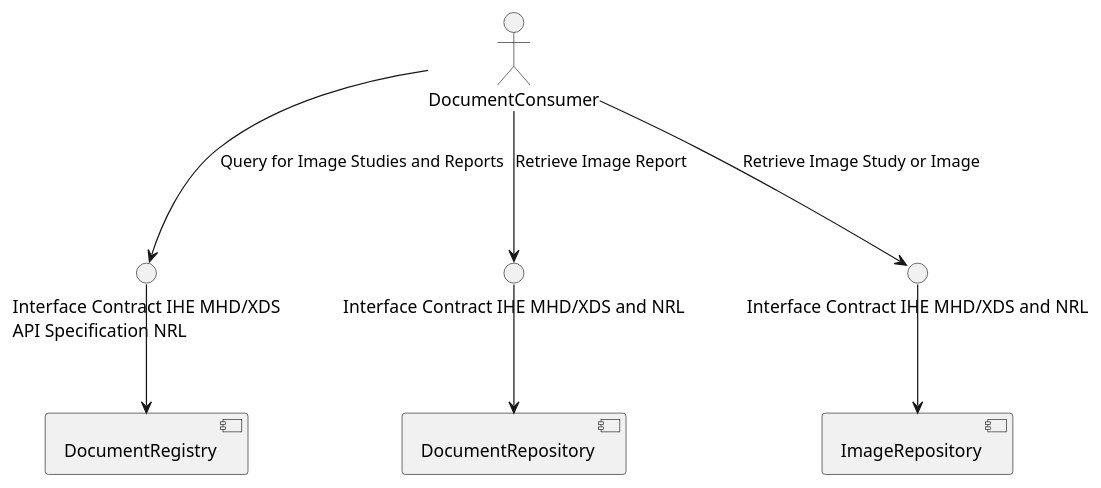
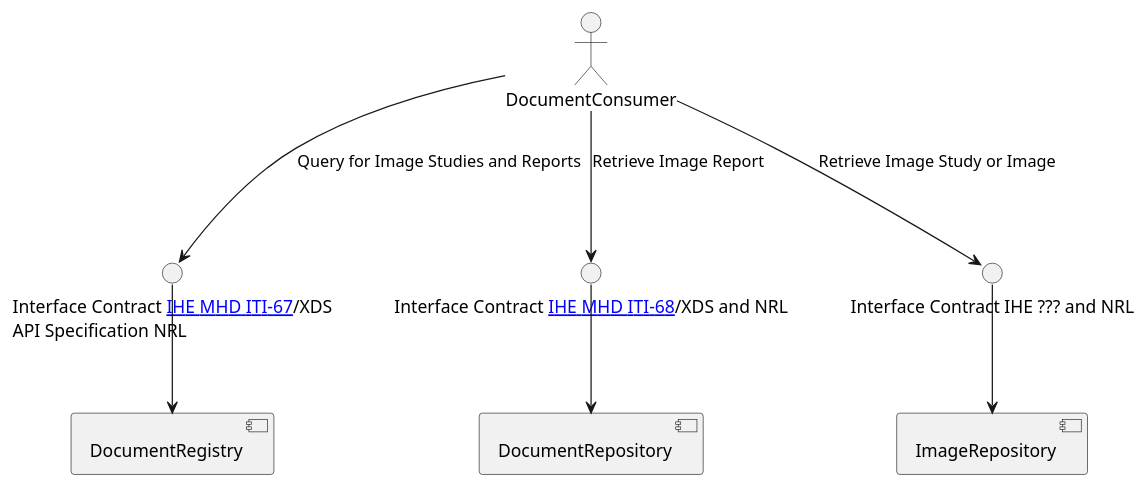
Before and after one commit to NHSDigital/national-imaging-repository-specification: the diagram in input/images-source/component-radiology-retrieve.plantuml, drawn with PlantUML. The commit also changed 1 other file, not shown here.

```diff
--- a/input/images-source/component-radiology-retrieve.plantuml
+++ b/input/images-source/component-radiology-retrieve.plantuml
@@ -1,31 +1,27 @@
 @startuml
 
 
 
 actor DocumentConsumer
 
 
 
 
 
 component DocumentRegistry
 component DocumentRepository
 component ImageRepository
 
-interface "Interface Contract IHE MHD/XDS\nAPI Specification NRL" as IC
-interface "Interface Contract IHE MHD/XDS and NRL" as IC2
-interface "Interface Contract IHE MHD/XDS and NRL" as IC3
-
-
-
+interface "Interface Contract [[CapabilityStatement-NHSE-CIC-8-MHD.html IHE MHD ITI-67]]/XDS\nAPI Specification NRL" as IC
+interface "Interface Contract [[https://profiles.ihe.net/ITI/MHD/ITI-68.html IHE MHD ITI-68]]/XDS and NRL" as IC2
+interface "Interface Contract IHE ??? and NRL" as IC3
 
 DocumentConsumer --> IC : Query for Image Studies and Reports
 IC --> DocumentRegistry
 DocumentConsumer --> IC2  : Retrieve Image Report
 IC2 --> DocumentRepository
 DocumentConsumer --> IC3 : Retrieve Image Study or Image
 IC3 --> ImageRepository
 
 
-
 @enduml
```
